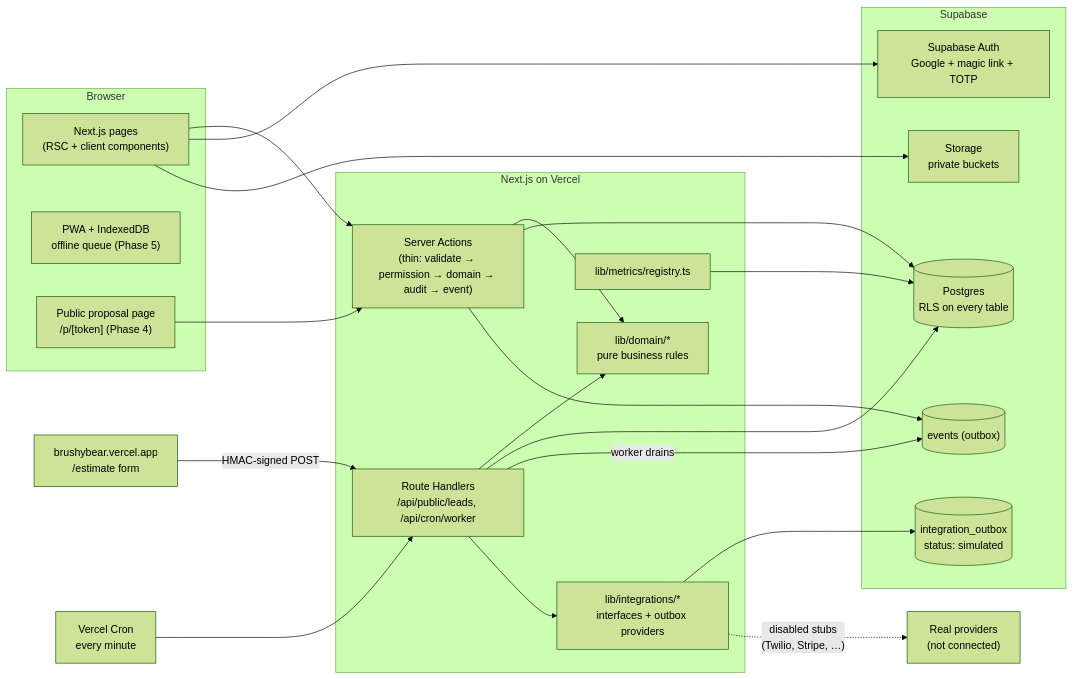
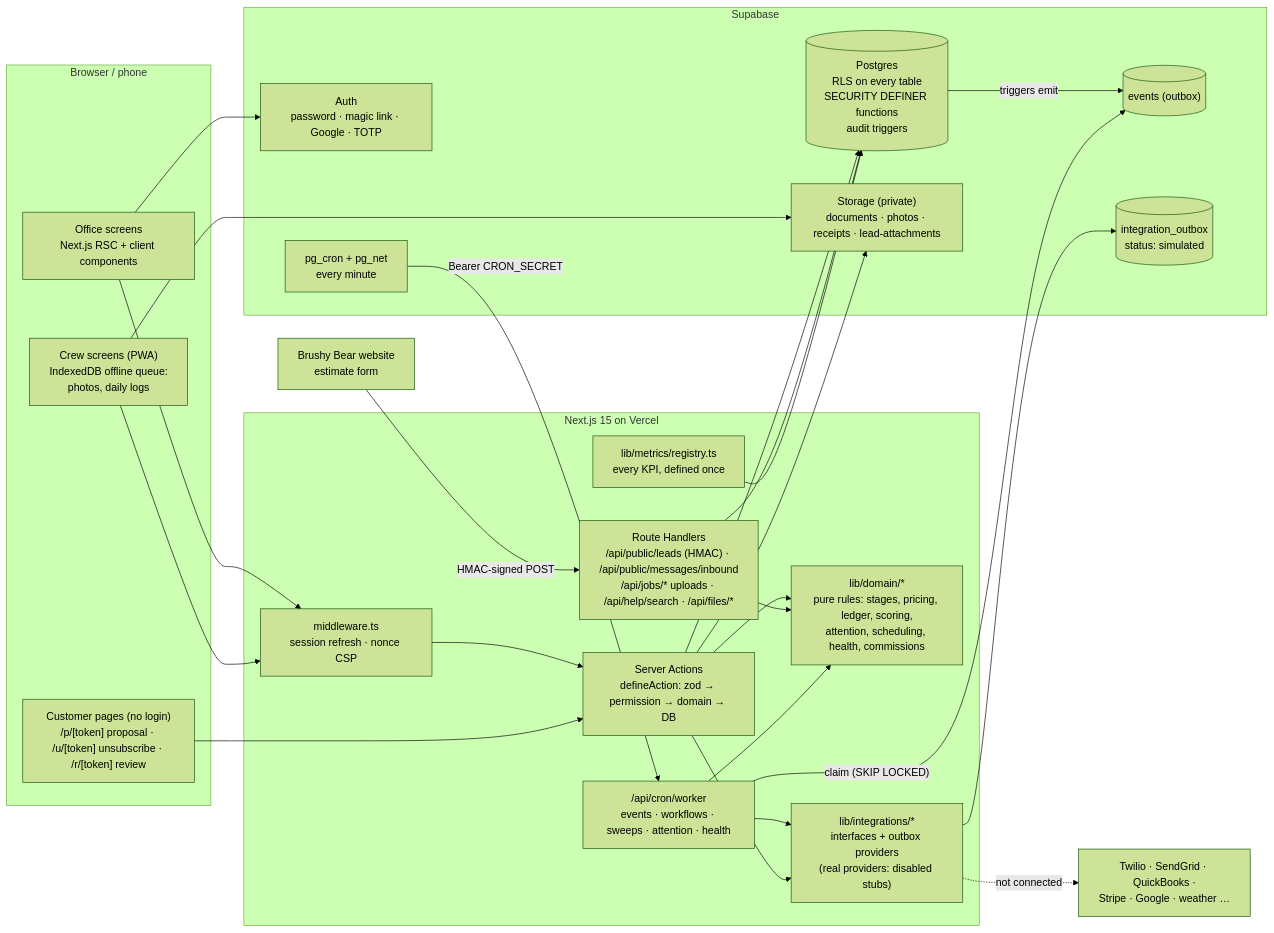
The diagram in docs/ARCHITECTURE.md (hunterallenlee10-cpu/crmBrushyBearPainters), drawn with Mermaid (forest theme) before and after one commit. The commit also changed other lines of this file and 51 other files, not shown here.

First line of the commit message:
docs: Phase 10 architecture, data model, permissions, runbook, owner guide, decisions

````diff
--- a/docs/ARCHITECTURE.md
+++ b/docs/ARCHITECTURE.md
@@ -5,41 +5,48 @@
 ```mermaid
 flowchart LR
-  subgraph Browser
-    UI["Next.js pages<br/>(RSC + client components)"]
-    PWA["PWA + IndexedDB<br/>offline queue (Phase 5)"]
-    Proposal["Public proposal page<br/>/p/[token] (Phase 4)"]
+  subgraph Browser["Browser / phone"]
+    UI["Office screens<br/>Next.js RSC + client components"]
+    Field["Crew screens (PWA)<br/>IndexedDB offline queue:<br/>photos, daily logs"]
+    Public["Customer pages (no login)<br/>/p/[token] proposal · /u/[token] unsubscribe · /r/[token] review"]
   end
 
-  subgraph Vercel["Next.js on Vercel"]
-    SA["Server Actions<br/>(thin: validate → permission → domain → audit → event)"]
-    RH["Route Handlers<br/>/api/public/leads, /api/cron/worker"]
-    Domain["lib/domain/*<br/>pure business rules"]
-    Metrics["lib/metrics/registry.ts"]
-    Adapters["lib/integrations/*<br/>interfaces + outbox providers"]
+  subgraph Vercel["Next.js 15 on Vercel"]
+    MW["middleware.ts<br/>session refresh · nonce CSP"]
+    SA["Server Actions<br/>defineAction: zod → permission → domain → DB"]
+    RH["Route Handlers<br/>/api/public/leads (HMAC) · /api/public/messages/inbound<br/>/api/jobs/* uploads · /api/help/search · /api/files/*"]
+    Worker["/api/cron/worker<br/>events · workflows · sweeps · attention · health"]
+    Domain["lib/domain/*<br/>pure rules: stages, pricing, ledger, scoring,<br/>attention, scheduling, health, commissions"]
+    Metrics["lib/metrics/registry.ts<br/>every KPI, defined once"]
+    Adapters["lib/integrations/*<br/>interfaces + outbox providers<br/>(real providers: disabled stubs)"]
   end
 
   subgraph Supabase
-    PG[("Postgres<br/>RLS on every table")]
-    Auth["Supabase Auth<br/>Google + magic link + TOTP"]
-    Storage["Storage<br/>private buckets"]
+    Auth["Auth<br/>password · magic link · Google · TOTP"]
+    PG[("Postgres<br/>RLS on every table<br/>SECURITY DEFINER functions<br/>audit triggers")]
     Events[("events (outbox)")]
     Outbox[("integration_outbox<br/>status: simulated")]
+    Storage["Storage (private)<br/>documents · photos · receipts · lead-attachments"]
+    Cron["pg_cron + pg_net<br/>every minute"]
   end
 
-  Website["brushybear.vercel.app<br/>/estimate form"] -- "HMAC-signed POST" --> RH
-  Cron["Vercel Cron<br/>every minute"] --> RH
-  UI --> SA
-  Proposal --> SA
+  Website["Brushy Bear website<br/>estimate form"] -- "HMAC-signed POST" --> RH
+  UI --> MW --> SA
+  Field --> MW
+  Public --> SA
   SA --> Domain
   RH --> Domain
+  Worker --> Domain
   SA --> PG
   RH --> PG
-  SA --> Events
-  RH -- "worker drains" --> Events
-  RH --> Adapters
+  PG -- "triggers emit" --> Events
+  Cron -- "Bearer CRON_SECRET" --> Worker
+  Worker -- "claim (SKIP LOCKED)" --> Events
+  Worker --> Adapters
+  SA --> Adapters
   Adapters --> Outbox
-  Adapters -. "disabled stubs<br/>(Twilio, Stripe, …)" .-> External["Real providers<br/>(not connected)"]
+  Adapters -. "not connected" .-> Real["Twilio · SendGrid · QuickBooks ·<br/>Stripe · Google · weather …"]
   UI --> Auth
-  UI --> Storage
+  SA --> Storage
+  Field --> Storage
   Metrics --> PG
 ```
````
